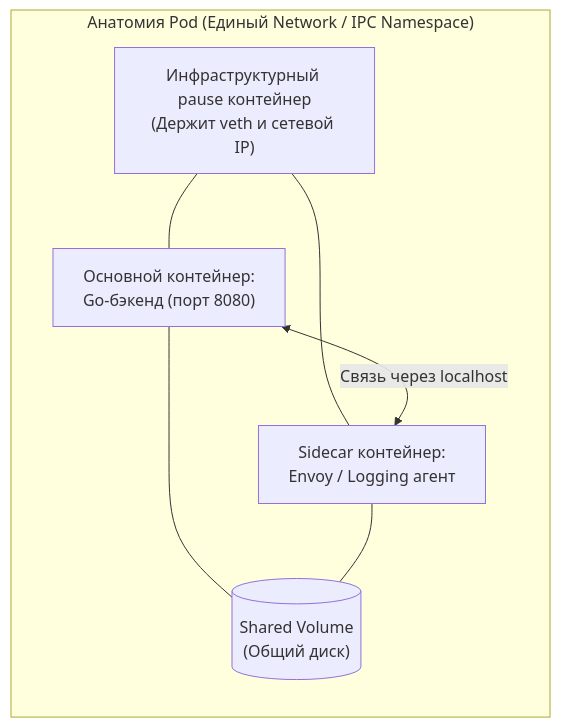
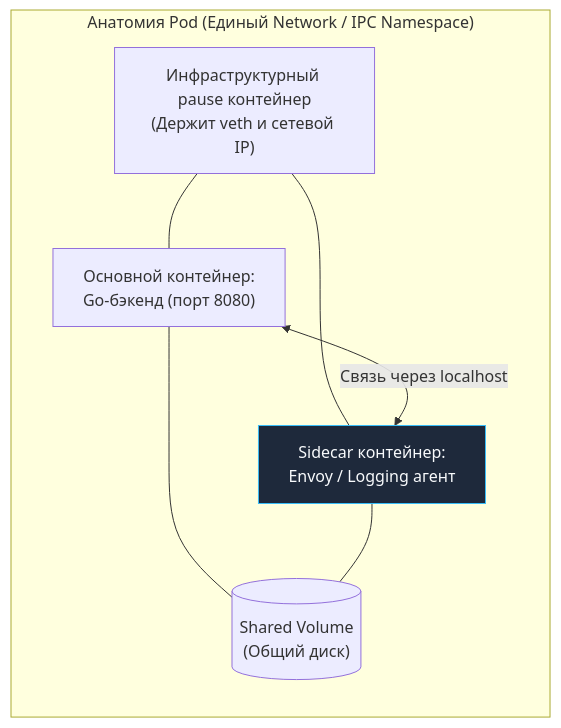
Before and after one commit to UnrealTemplier/go-textbook: the first of 4 diagrams in sources/14. Распределенные системы на Go/07. Kubernetes и деплой/3. Pod, Deployment, Service.md, drawn with Mermaid. The commit also changed other lines of this file and 1666 other files, not shown here.

First line of the commit message:
feat(mermaid): add semantic color classDef to 1369 colorless flowchart/graph diagrams

````diff
--- a/sources/14. Распределенные системы на Go/07. Kubernetes и деплой/3. Pod, Deployment, Service.md
+++ b/sources/14. Распределенные системы на Go/07. Kubernetes и деплой/3. Pod, Deployment, Service.md
@@ -24,16 +24,26 @@
 ```mermaid
 flowchart TD
+    classDef process  fill:#1e293b,stroke:#38bdf8,stroke-width:1px,color:#f8fafc
+    classDef success  fill:#064e3b,stroke:#34d399,stroke-width:1px,color:#f8fafc
+    classDef error    fill:#7f1d1d,stroke:#f87171,stroke-width:1px,color:#f8fafc
+    classDef warning  fill:#78350f,stroke:#fbbf24,stroke-width:1px,color:#f8fafc
+    classDef entry    fill:#1e3a5f,stroke:#38bdf8,stroke-width:2px,color:#f8fafc
+    classDef aux      fill:#334155,stroke:#64748b,stroke-width:1px,color:#f8fafc
+    classDef system   fill:#312e81,stroke:#a78bfa,stroke-width:1px,color:#f8fafc
+    classDef data     fill:#132d29,stroke:#2dd4bf,stroke-width:1px,color:#f8fafc
+    classDef network  fill:#881337,stroke:#fb7185,stroke-width:1px,color:#f8fafc
+    classDef accent   fill:#1e1b4b,stroke:#818cf8,stroke-width:1px,color:#f8fafc
     subgraph Pod ["Анатомия Pod (Единый Network / IPC Namespace)"]
         direction TB
         Pause["Инфраструктурный pause контейнер<br>(Держит veth и сетевой IP)"]
         App["Основной контейнер:<br>Go-бэкенд (порт 8080)"]
-        Sidecar["Sidecar контейнер:<br>Envoy / Logging агент"]
+        Sidecar["Sidecar контейнер:<br>Envoy / Logging агент"]:::process
         Vol[("Shared Volume<br>(Общий диск)")]
 
         Pause --- App
         Pause --- Sidecar
         App <-->|"Связь через localhost"| Sidecar
         App --- Vol
         Sidecar --- Vol
     end
 ```
````
